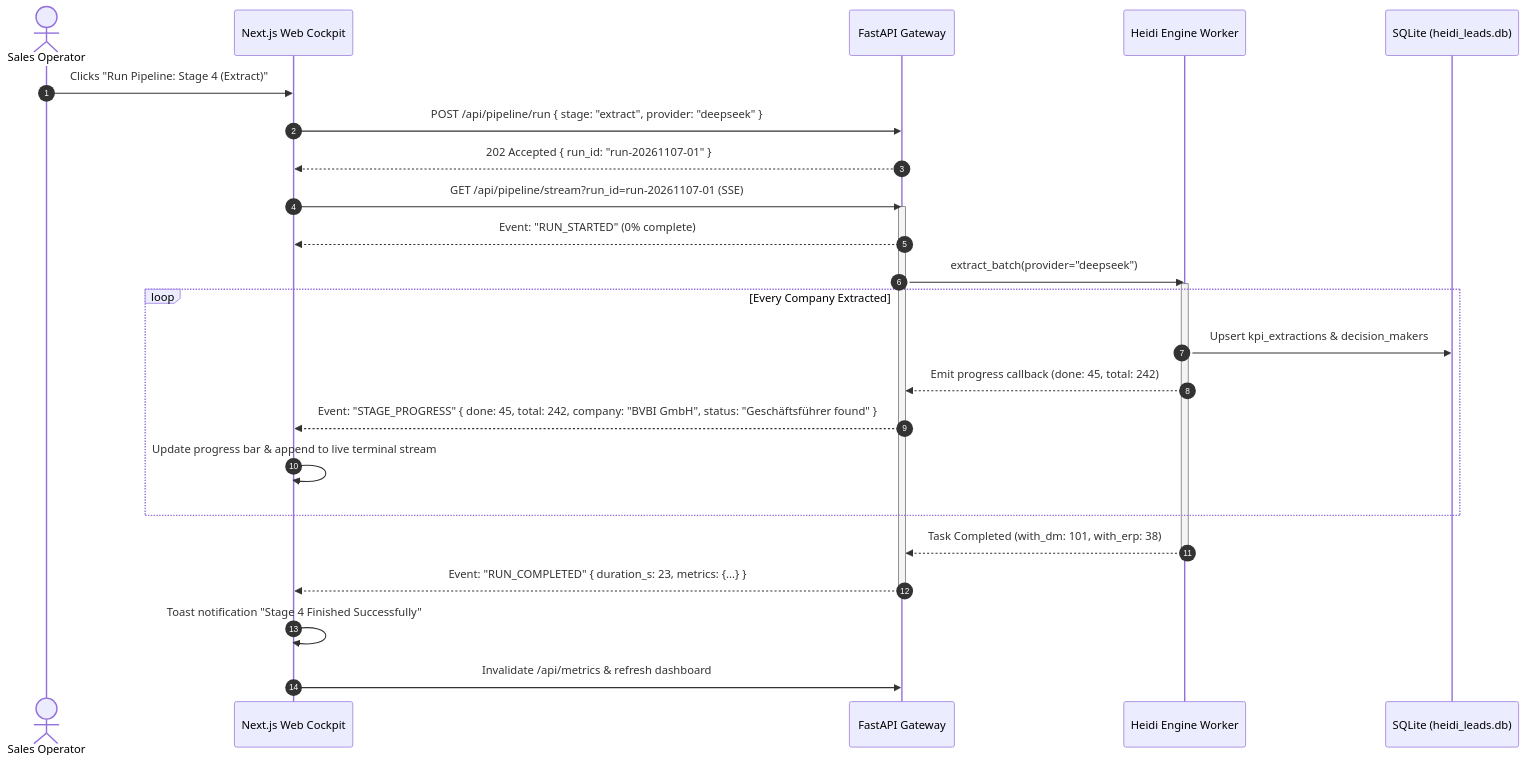
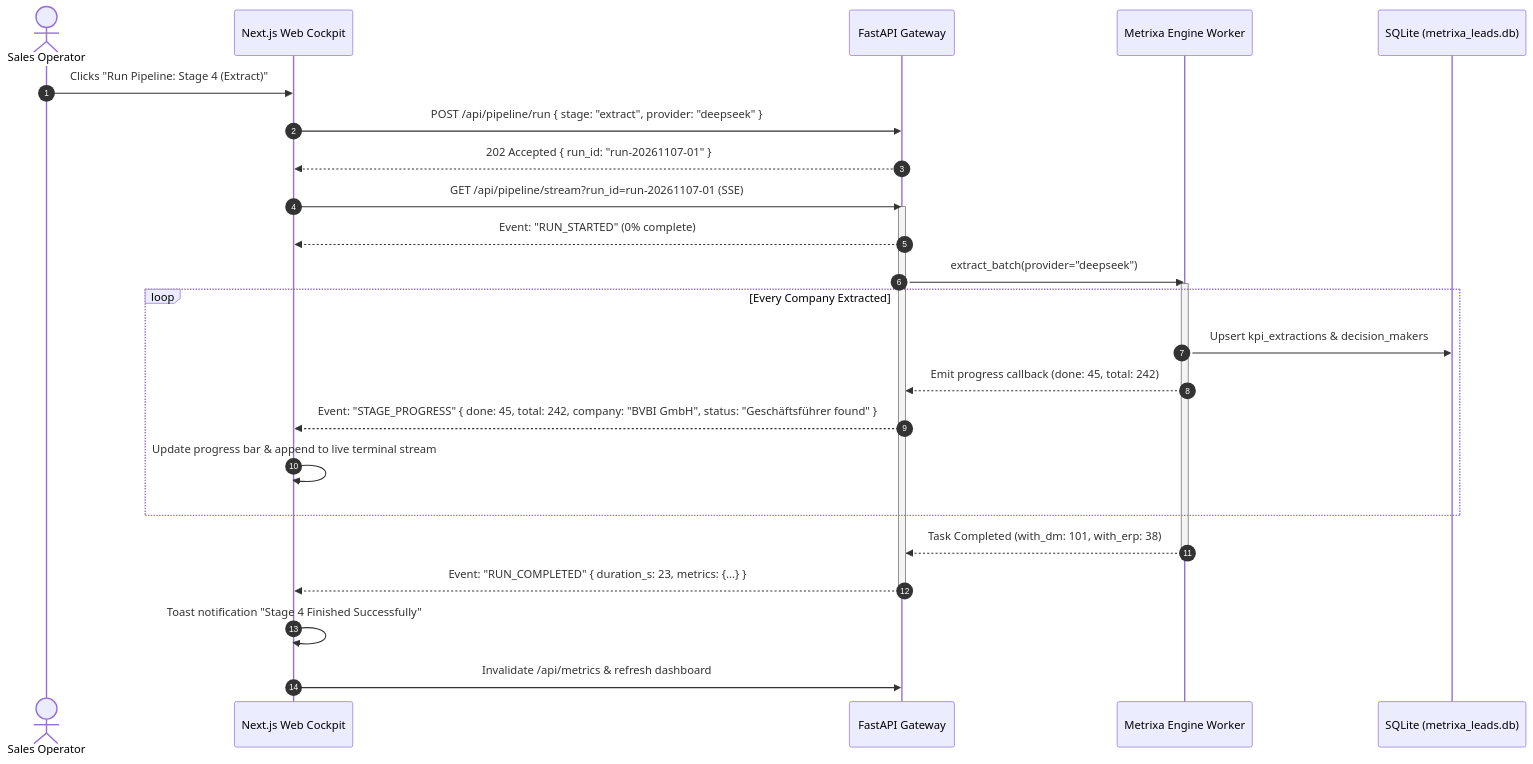
The second of 2 diagrams in docs/Web Plan/02_SYSTEM_ARCHITECTURE_AND_TECH_STACK.md (sainibhaowal/Metrixa-Systems), drawn with Mermaid before and after one commit. The commit also changed other lines of this file and 66 other files, not shown here.

````diff
--- a/docs/Web Plan/02_SYSTEM_ARCHITECTURE_AND_TECH_STACK.md
+++ b/docs/Web Plan/02_SYSTEM_ARCHITECTURE_AND_TECH_STACK.md
@@ -161,35 +161,35 @@
 ```mermaid
 sequenceDiagram
     autonumber
     actor User as Sales Operator
     participant UI as Next.js Web Cockpit
     participant API as FastAPI Gateway
-    participant Engine as Heidi Engine Worker
-    participant DB as SQLite (heidi_leads.db)
+    participant Engine as Metrixa Engine Worker
+    participant DB as SQLite (metrixa_leads.db)
 
     User->>UI: Clicks "Run Pipeline: Stage 4 (Extract)"
     UI->>API: POST /api/pipeline/run { stage: "extract", provider: "deepseek" }
     API-->>UI: 202 Accepted { run_id: "run-20261107-01" }
-    
+
     UI->>API: GET /api/pipeline/stream?run_id=run-20261107-01 (SSE)
     activate API
     API-->>UI: Event: "RUN_STARTED" (0% complete)
 
     API->>Engine: extract_batch(provider="deepseek")
     activate Engine
 
     loop Every Company Extracted
         Engine->>DB: Upsert kpi_extractions & decision_makers
         Engine-->>API: Emit progress callback (done: 45, total: 242)
         API-->>UI: Event: "STAGE_PROGRESS" { done: 45, total: 242, company: "BVBI GmbH", status: "Geschäftsführer found" }
         UI->>UI: Update progress bar & append to live terminal stream
     end
 
     Engine-->>API: Task Completed (with_dm: 101, with_erp: 38)
     deactivate Engine
 
     API-->>UI: Event: "RUN_COMPLETED" { duration_s: 23, metrics: {...} }
     deactivate API
     UI->>UI: Toast notification "Stage 4 Finished Successfully"
     UI->>API: Invalidate /api/metrics & refresh dashboard
 ```
````
